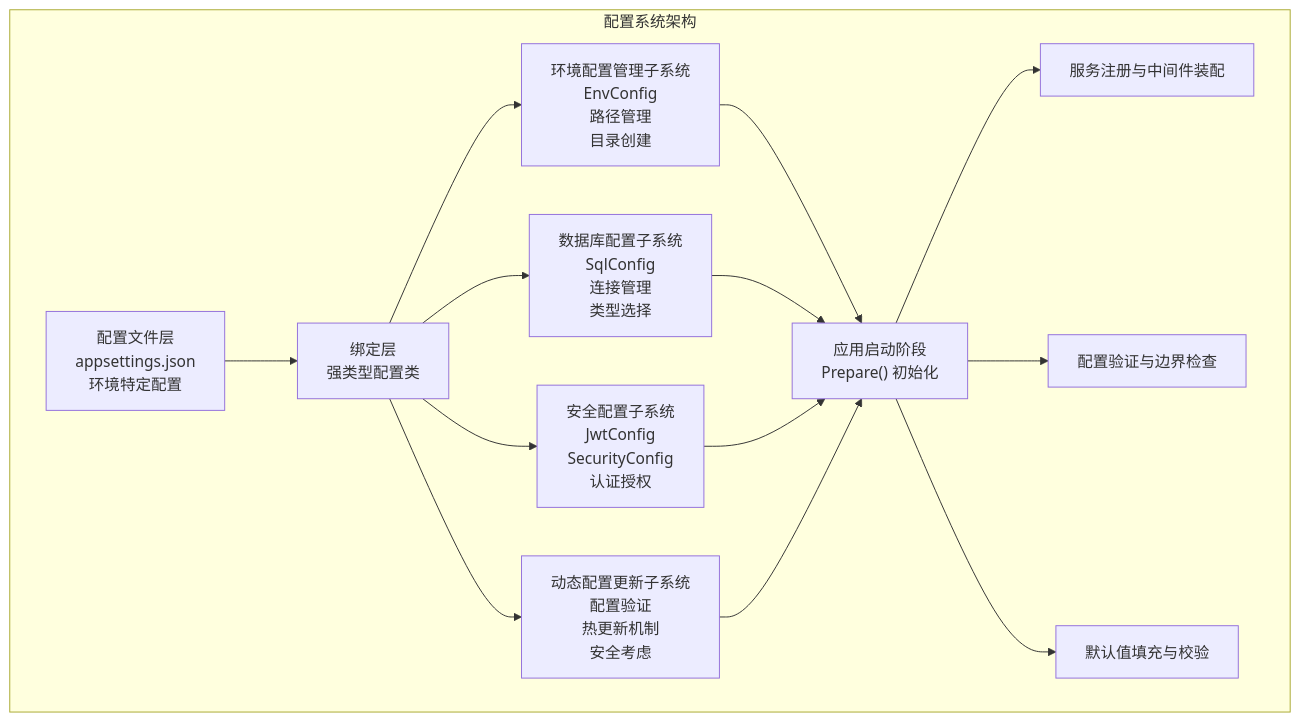
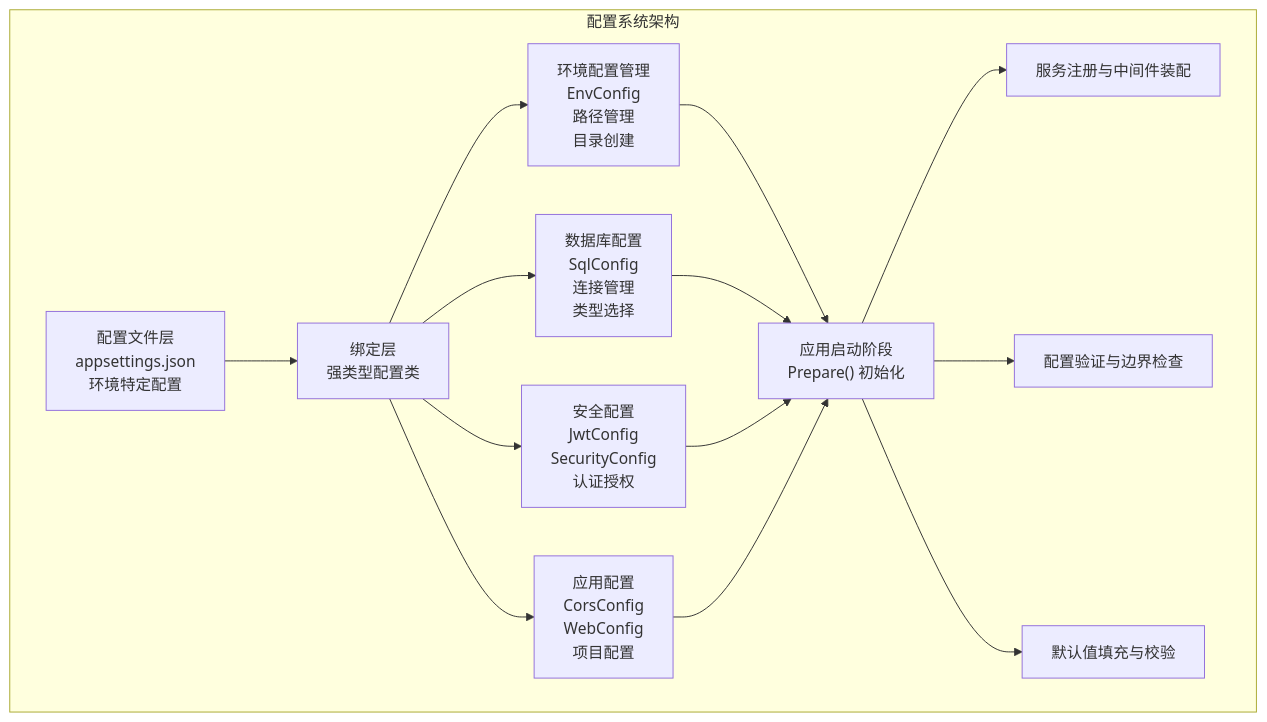
The first of 2 diagrams in .qoder/repowiki/zh/content/配置管理系统/配置管理系统.md (leadiot/Scm.Net), drawn with Mermaid before and after one commit. The commit also changed other lines of this file and 17 other files, not shown here.

````diff
--- a/.qoder/repowiki/zh/content/配置管理系统/配置管理系统.md
+++ b/.qoder/repowiki/zh/content/配置管理系统/配置管理系统.md
@@ -49,17 +48,17 @@
 ```mermaid
 graph TB
 subgraph "配置系统架构"
 A["配置文件层<br/>appsettings.json<br/>环境特定配置"] --> B["绑定层<br/>强类型配置类"]
-B --> C["环境配置管理子系统<br/>EnvConfig<br/>路径管理<br/>目录创建"]
-B --> D["数据库配置子系统<br/>SqlConfig<br/>连接管理<br/>类型选择"]
-B --> E["安全配置子系统<br/>JwtConfig<br/>SecurityConfig<br/>认证授权"]
-B --> F["动态配置更新子系统<br/>配置验证<br/>热更新机制<br/>安全考虑"]
+B --> C["环境配置管理<br/>EnvConfig<br/>路径管理<br/>目录创建"]
+B --> D["数据库配置<br/>SqlConfig<br/>连接管理<br/>类型选择"]
+B --> E["安全配置<br/>JwtConfig<br/>SecurityConfig<br/>认证授权"]
+B --> F["应用配置<br/>CorsConfig<br/>WebConfig<br/>项目配置"]
 C --> G["应用启动阶段<br/>Prepare() 初始化"]
 D --> G
 E --> G
 F --> G
 G --> H["服务注册与中间件装配"]
 G --> I["配置验证与边界检查"]
 G --> J["默认值填充与校验"]
 end
 ```
````
